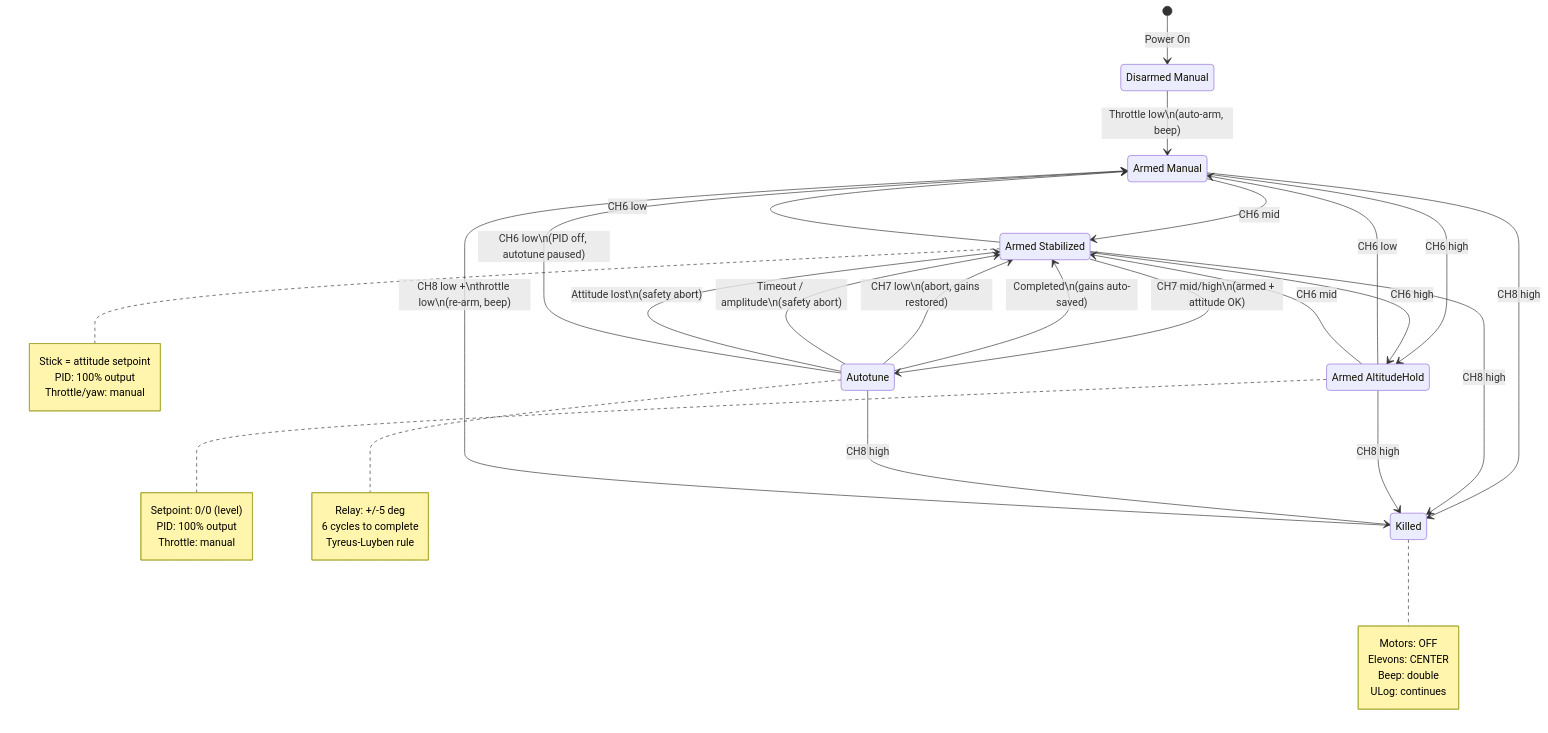
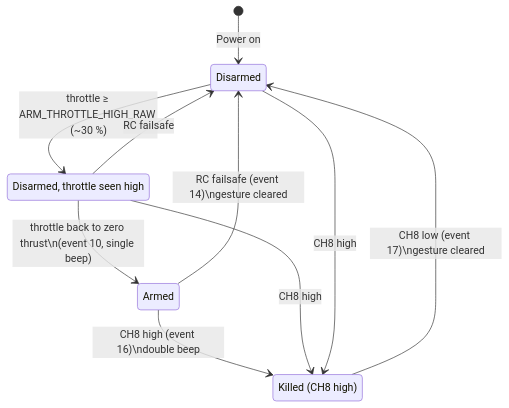
The first of 6 diagrams in STATE_DIAGRAMS.md (Ragarnoy/elle-rs), drawn with Mermaid before and after one commit. The commit also changed other lines of this file, not shown here.

First line of the commit message:
STATE_DIAGRAMS: separate machines for arming, link, mode, autotune, cal, ULog

````diff
--- a/STATE_DIAGRAMS.md
+++ b/STATE_DIAGRAMS.md
@@ -99,61 +14,17 @@
 ```mermaid
 stateDiagram-v2
-    [*] --> Disarmed_Manual: Power On
+    state "Disarmed" as D
+    state "Disarmed, throttle seen high" as H
+    state "Armed" as A
+    state "Killed (CH8 high)" as K
 
-    state "Disarmed Manual" as Disarmed_Manual
-    state "Armed Manual" as Armed_Manual
-    state "Armed Stabilized" as Armed_Stab
-    state "Armed AltitudeHold" as Armed_AltHold
-    state "Autotune" as Autotune
-    state "Killed" as Killed
-
-    Disarmed_Manual --> Armed_Manual: Throttle low\n(auto-arm, beep)
-
-    Armed_Manual --> Armed_Stab: CH6 mid
-    Armed_Manual --> Armed_AltHold: CH6 high
-
-    Armed_Stab --> Armed_Manual: CH6 low
-    Armed_Stab --> Autotune: CH7 mid/high\n(armed + attitude OK)
-    Armed_Stab --> Armed_AltHold: CH6 high
-
-    Armed_AltHold --> Armed_Manual: CH6 low
-    Armed_AltHold --> Armed_Stab: CH6 mid
-
-    Autotune --> Armed_Stab: Completed\n(gains auto-saved)
-    Autotune --> Armed_Stab: CH7 low\n(abort, gains restored)
-    Autotune --> Armed_Stab: Timeout / amplitude\n(safety abort)
-    Autotune --> Armed_Stab: Attitude lost\n(safety abort)
-    Autotune --> Armed_Manual: CH6 low\n(PID off, autotune paused)
-
-    Armed_Manual --> Killed: CH8 high
-    Armed_Stab --> Killed: CH8 high
-    Armed_AltHold --> Killed: CH8 high
-    Autotune --> Killed: CH8 high
-
-    Killed --> Armed_Manual: CH8 low +\nthrottle low\n(re-arm, beep)
-
-    note right of Killed
-        Motors: OFF
-        Elevons: CENTER
-        Beep: double
-        ULog: continues
-    end note
-
-    note right of Armed_Stab
-        Stick = attitude setpoint
-        PID: 100% output
-        Throttle/yaw: manual
-    end note
-
-    note right of Armed_AltHold
-        Setpoint: 0/0 (level)
-        PID: 100% output
-        Throttle: manual
-    end note
-
-    note right of Autotune
-        Relay: +/-5 deg
-        6 cycles to complete
-        Tyreus-Luyben rule
-    end note
+    [*] --> D: Power on
+    D --> H: throttle ≥ ARM_THROTTLE_HIGH_RAW (~30 %)
+    H --> A: throttle back to zero thrust\n(event 10, single beep)
+    A --> D: RC failsafe (event 14)\ngesture cleared
+    A --> K: CH8 high (event 16)\ndouble beep
+    H --> K: CH8 high
+    D --> K: CH8 high
+    K --> D: CH8 low (event 17)\ngesture cleared
+    H --> D: RC failsafe
 ```
````
